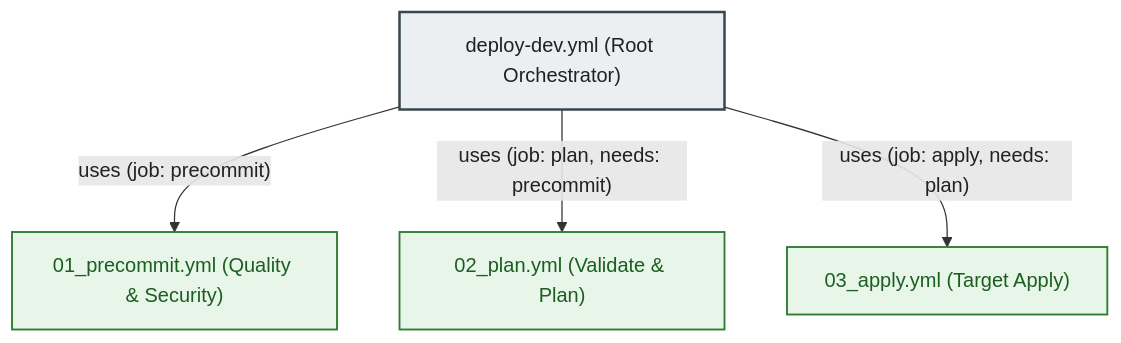
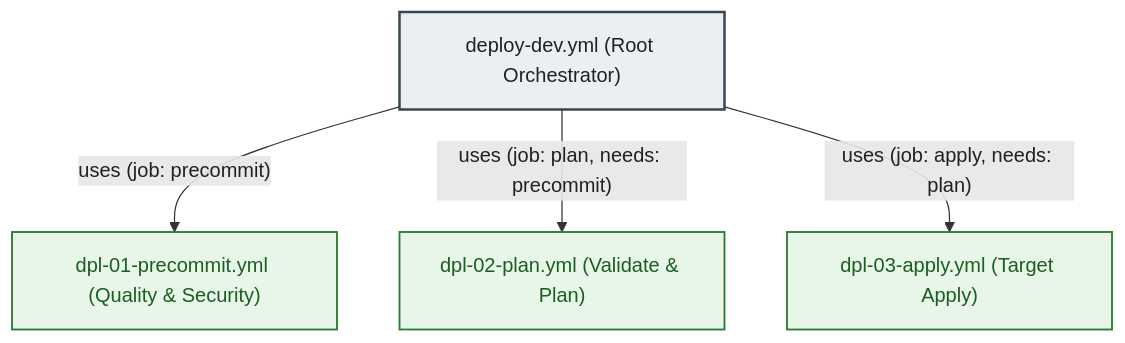
One commit to MikolajSedek/databricks_aws_deployment_01_vpc_networking changed the second of 2 diagrams in .github/workflows/README.md. Above: the diagram before and after it, drawn with Mermaid. The commit also changed other lines of this file and 4 other files, not shown here.

````diff
--- a/.github/workflows/README.md
+++ b/.github/workflows/README.md
@@ -81,14 +81,14 @@
 ```mermaid
 graph TD
     classDef root fill:#ECEFF1,stroke:#37474F,stroke-width:2px,color:#212121;
     classDef subwf fill:#E8F5E9,stroke:#2E7D32,stroke-width:1.5px,color:#1B5E20;
 
     DeployDev["deploy-dev.yml (Root Orchestrator)"]:::root
-    Precommit["01_precommit.yml (Quality & Security)"]:::subwf
-    Plan["02_plan.yml (Validate & Plan)"]:::subwf
-    Apply["03_apply.yml (Target Apply)"]:::subwf
+    Precommit["dpl-01-precommit.yml (Quality & Security)"]:::subwf
+    Plan["dpl-02-plan.yml (Validate & Plan)"]:::subwf
+    Apply["dpl-03-apply.yml (Target Apply)"]:::subwf
 
     DeployDev -->|"uses (job: precommit)"| Precommit
     DeployDev -->|"uses (job: plan, needs: precommit)"| Plan
     DeployDev -->|"uses (job: apply, needs: plan)"| Apply
 ```
````
